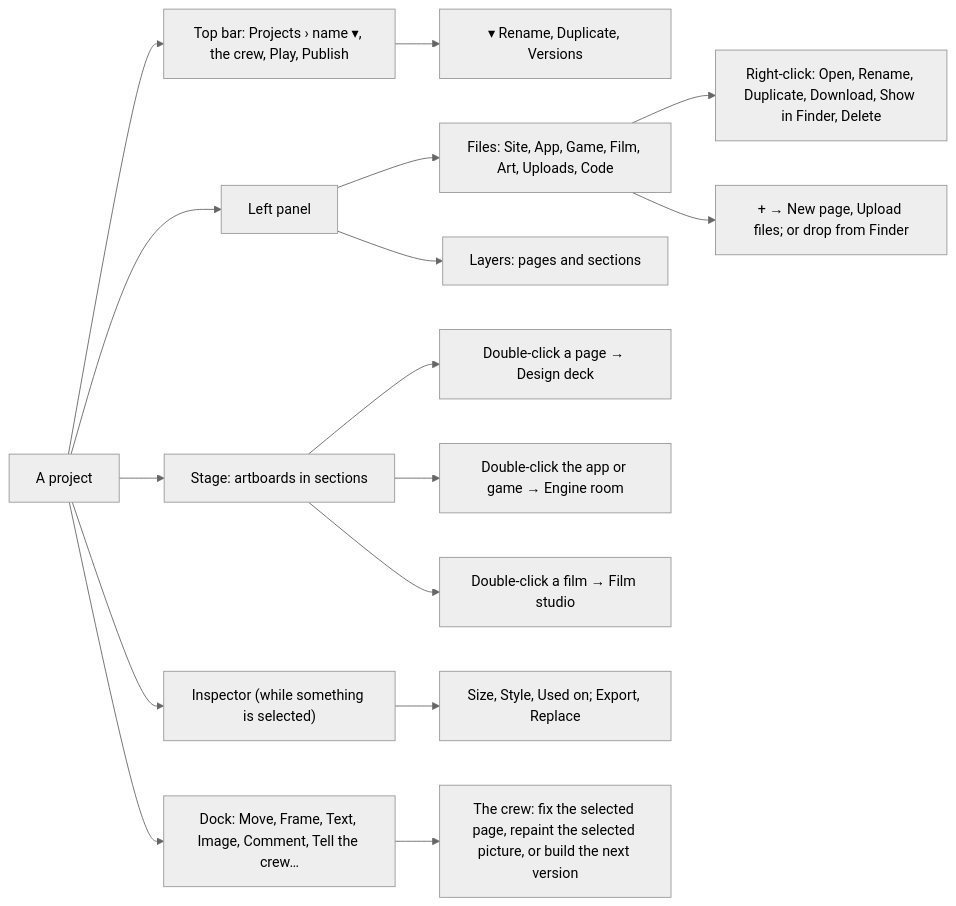
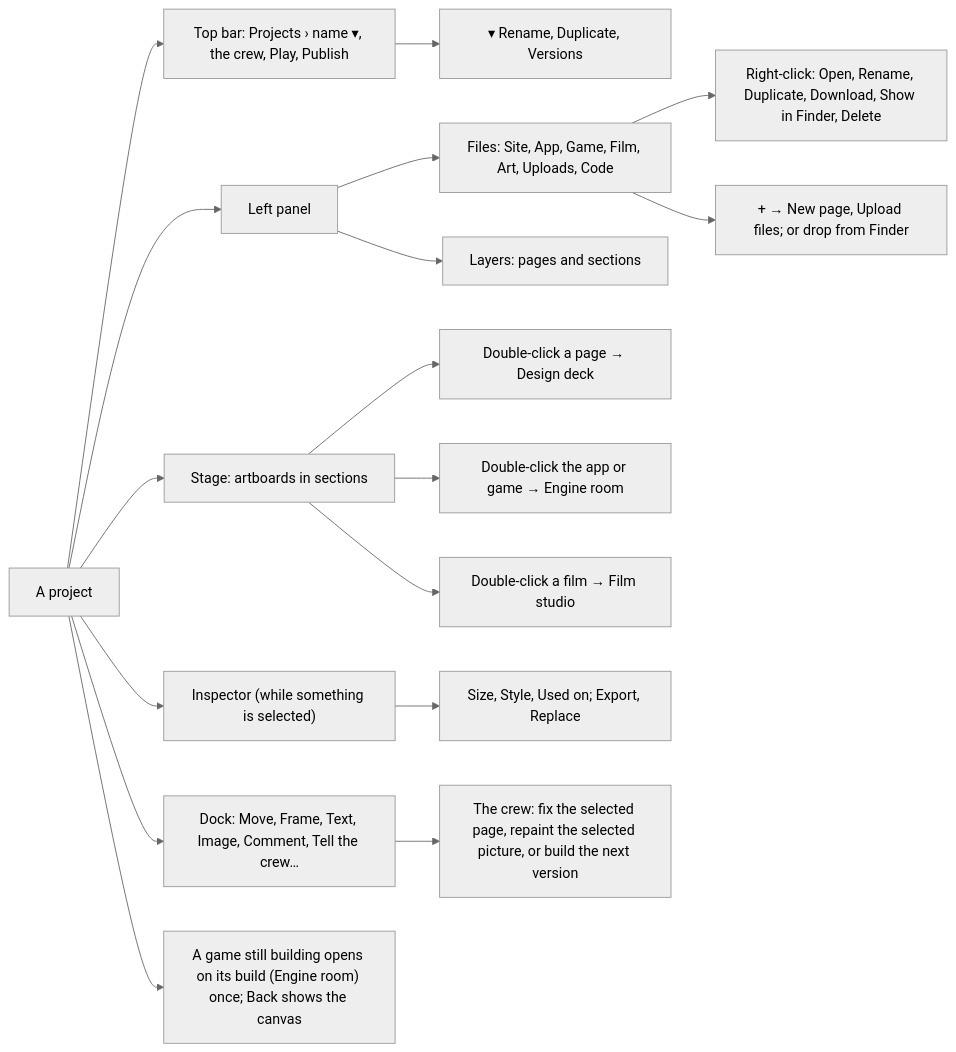
The ninth of 26 diagrams in docs/ux/SITEMAP.md (Pukujan/swarm-studio), drawn with Mermaid (neutral theme) before and after one commit. The commit also changed 7 other files, not shown here.

Commit message:
Show a running build: the card follows the building version, a building game opens on its build, a killed build reads as stopped

````diff
--- a/docs/ux/SITEMAP.md
+++ b/docs/ux/SITEMAP.md
@@ -265,18 +265,19 @@
 ```mermaid
 flowchart LR
   PJ["A project"] --> TOP["Top bar: Projects › name ▾, the crew, Play, Publish"]
   PJ --> LEFT["Left panel"]
   PJ --> STG["Stage: artboards in sections"]
   PJ --> INS["Inspector (while something is selected)"]
   PJ --> DOCK["Dock: Move, Frame, Text, Image, Comment, Tell the crew…"]
   TOP --> VER["▾ Rename, Duplicate, Versions"]
   LEFT --> FIL["Files: Site, App, Game, Film, Art, Uploads, Code"]
   LEFT --> LAY["Layers: pages and sections"]
   FIL --> FM["Right-click: Open, Rename, Duplicate, Download, Show in Finder, Delete"]
   FIL --> UP["+ → New page, Upload files; or drop from Finder"]
   STG --> DD["Double-click a page → Design deck"]
   STG --> ER["Double-click the app or game → Engine room"]
+  PJ --> GB["A game still building opens on its build (Engine room) once; Back shows the canvas"]
   STG --> FS["Double-click a film → Film studio"]
   INS --> EXP["Size, Style, Used on; Export, Replace"]
   DOCK --> CREW["The crew: fix the selected page, repaint the selected picture, or build the next version"]
 ```
````
